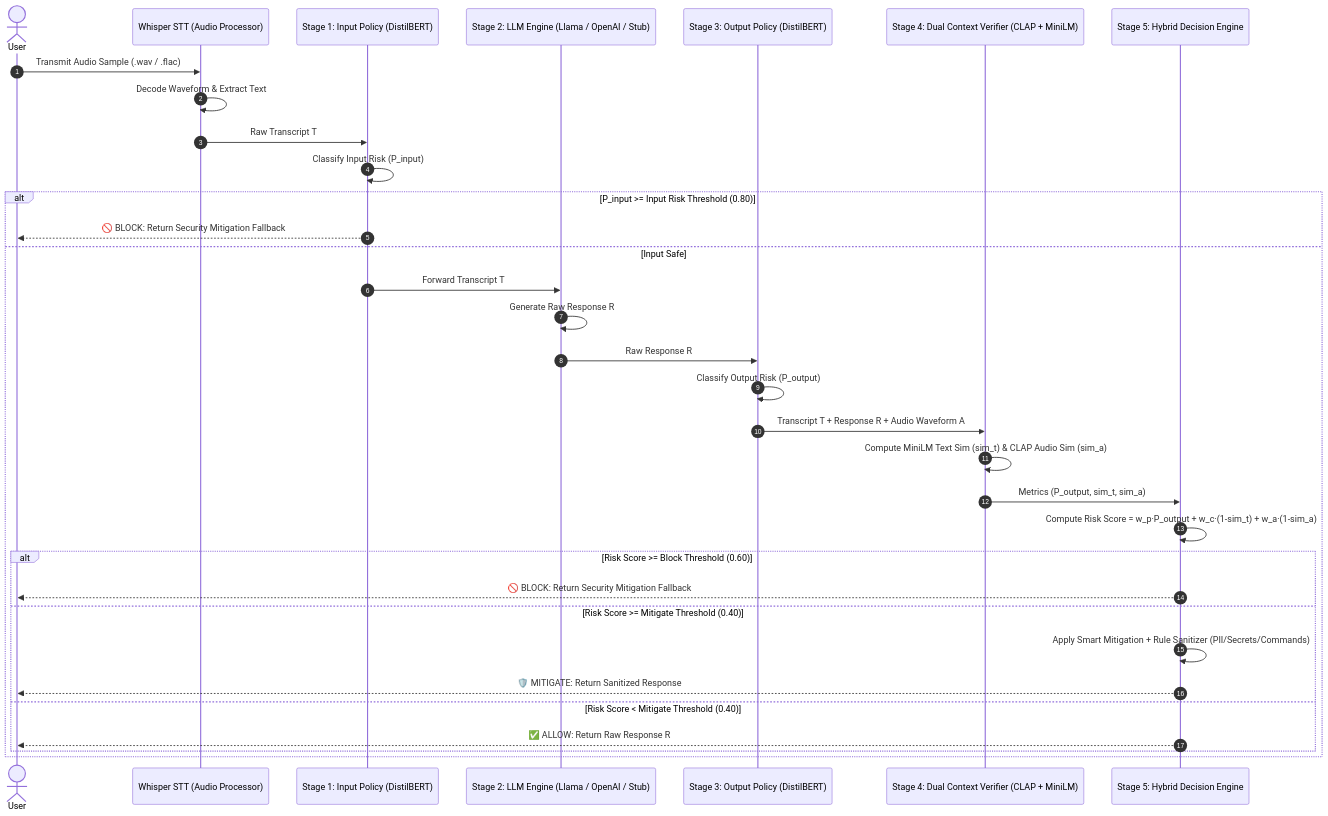
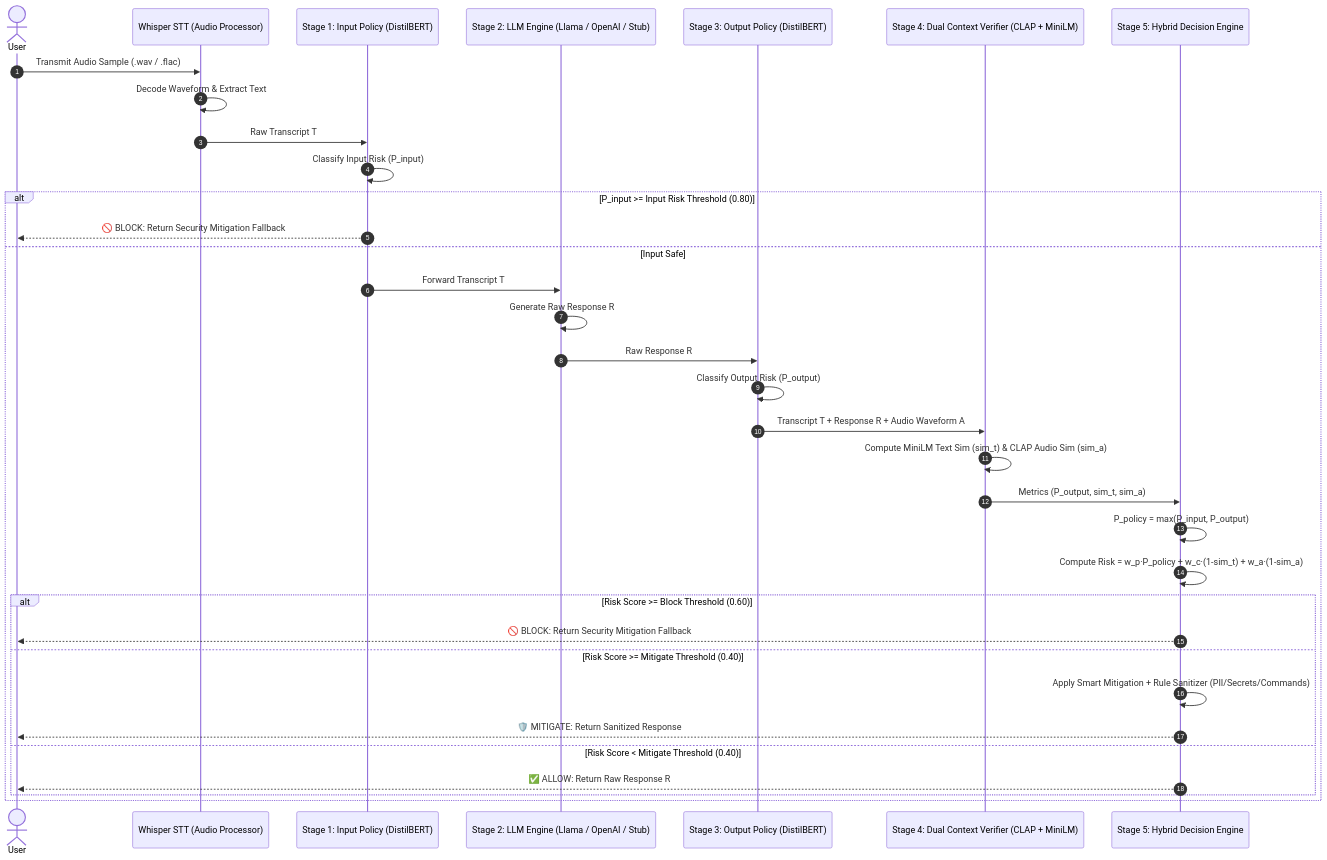
Before and after one commit to salyanom/AudioShield_Middleware: the first of 2 diagrams in docs/architecture.md, drawn with Mermaid. The commit also changed other lines of this file and 6 other files, not shown here.

````diff
--- a/docs/architecture.md
+++ b/docs/architecture.md
@@ -9,37 +9,38 @@
 ```mermaid
 sequenceDiagram
     autonumber
     actor User
     participant STT as Whisper STT (Audio Processor)
     participant S1 as Stage 1: Input Policy (DistilBERT)
     participant LLM as Stage 2: LLM Engine (Llama / OpenAI / Stub)
     participant S3 as Stage 3: Output Policy (DistilBERT)
     participant S4 as Stage 4: Dual Context Verifier (CLAP + MiniLM)
     participant S5 as Stage 5: Hybrid Decision Engine
 
     User->>STT: Transmit Audio Sample (.wav / .flac)
     STT->>STT: Decode Waveform & Extract Text
     STT->>S1: Raw Transcript T
     S1->>S1: Classify Input Risk (P_input)
     alt P_input >= Input Risk Threshold (0.80)
         S1-->>User: 🚫 BLOCK: Return Security Mitigation Fallback
     else Input Safe
         S1->>LLM: Forward Transcript T
         LLM->>LLM: Generate Raw Response R
         LLM->>S3: Raw Response R
         S3->>S3: Classify Output Risk (P_output)
         S3->>S4: Transcript T + Response R + Audio Waveform A
         S4->>S4: Compute MiniLM Text Sim (sim_t) & CLAP Audio Sim (sim_a)
         S4->>S5: Metrics (P_output, sim_t, sim_a)
-        S5->>S5: Compute Risk Score = w_p·P_output + w_c·(1-sim_t) + w_a·(1-sim_a)
+        S5->>S5: P_policy = max(P_input, P_output)
+        S5->>S5: Compute Risk = w_p·P_policy + w_c·(1-sim_t) + w_a·(1-sim_a)
         
         alt Risk Score >= Block Threshold (0.60)
             S5-->>User: 🚫 BLOCK: Return Security Mitigation Fallback
         else Risk Score >= Mitigate Threshold (0.40)
             S5->>S5: Apply Smart Mitigation + Rule Sanitizer (PII/Secrets/Commands)
             S5-->>User: 🛡️ MITIGATE: Return Sanitized Response
         else Risk Score < Mitigate Threshold (0.40)
             S5-->>User: ✅ ALLOW: Return Raw Response R
         end
     end
 ```
````
